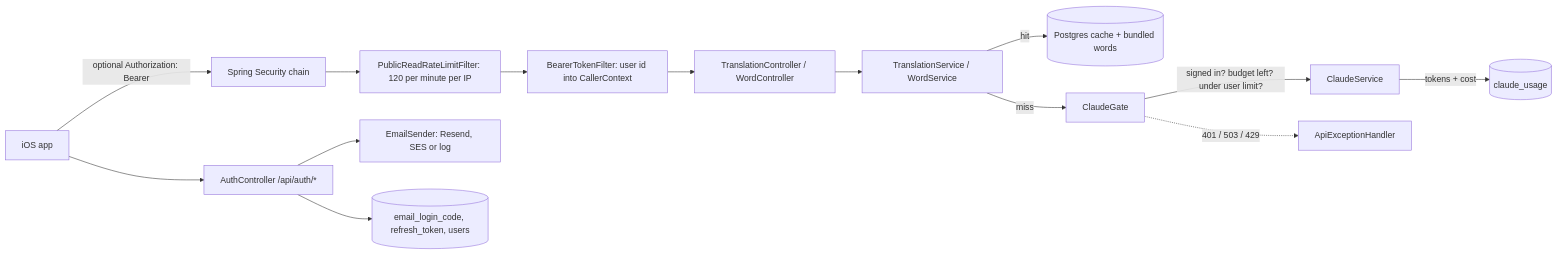
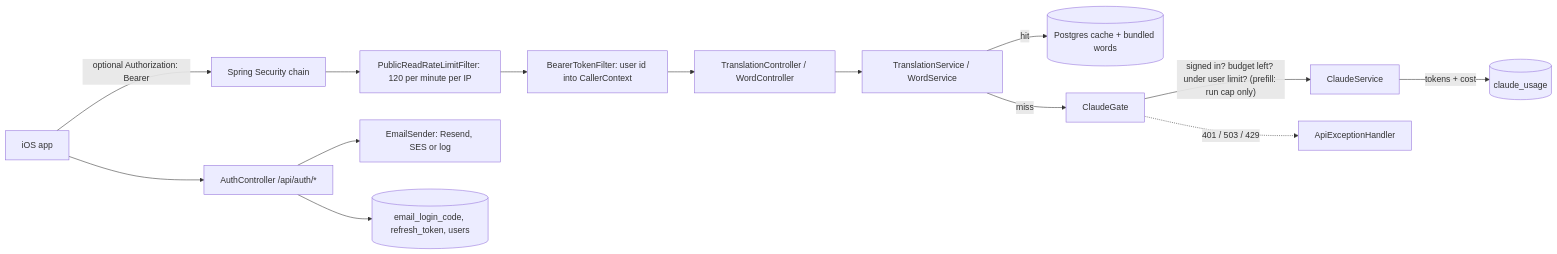
Before and after one commit to tranphuocloc070699/saynata: the first of 4 diagrams in backlog/docs/features/doc-17 - Accounts-and-limits.md, drawn with Mermaid. The commit also changed other lines of this file and 23 other files, not shown here.

Commit message:
TASK-83.1: prefill queue and nightly job with its own budget

````diff
--- a/backlog/docs/features/doc-17 - Accounts-and-limits.md
+++ b/backlog/docs/features/doc-17 - Accounts-and-limits.md
@@ -31,16 +32,16 @@
 ```mermaid
 flowchart LR
     APP[iOS app] -->|"optional Authorization: Bearer"| SEC[Spring Security chain]
     SEC --> RL[PublicReadRateLimitFilter: 120 per minute per IP]
     RL --> BF[BearerTokenFilter: user id into CallerContext]
     BF --> TC[TranslationController / WordController]
     TC --> SVC[TranslationService / WordService]
     SVC -->|hit| CACHE[(Postgres cache + bundled words)]
     SVC -->|miss| GATE[ClaudeGate]
-    GATE -->|"signed in? budget left? under user limit?"| CL[ClaudeService]
+    GATE -->|"signed in? budget left? under user limit? (prefill: run cap only)"| CL[ClaudeService]
     CL -->|"tokens + cost"| USE[(claude_usage)]
     GATE -.->|"401 / 503 / 429"| ERR[ApiExceptionHandler]
     APP --> AUTH[AuthController /api/auth/*]
     AUTH --> ES[EmailSender: Resend, SES or log]
     AUTH --> DB[(email_login_code, refresh_token, users)]
 ```
````
